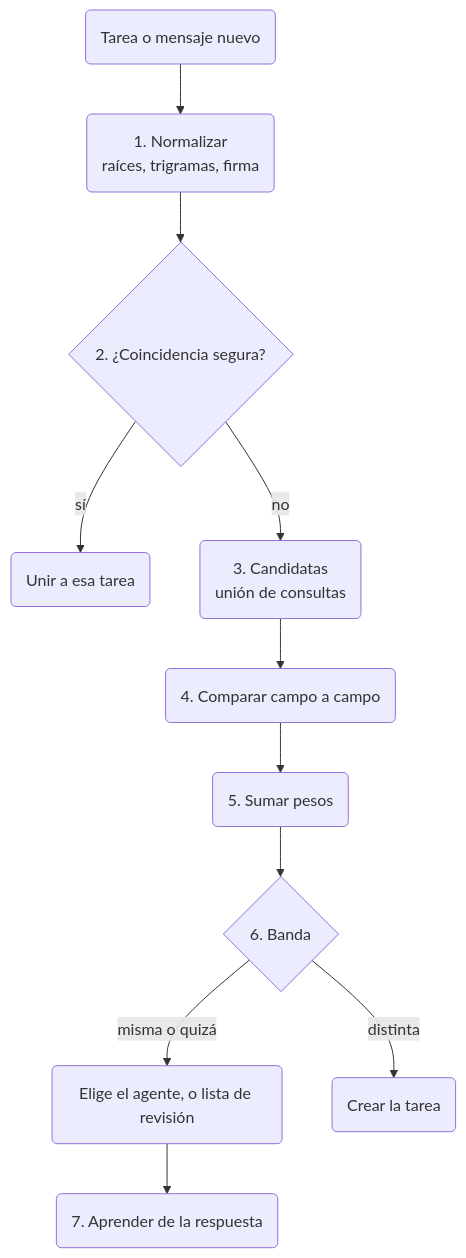
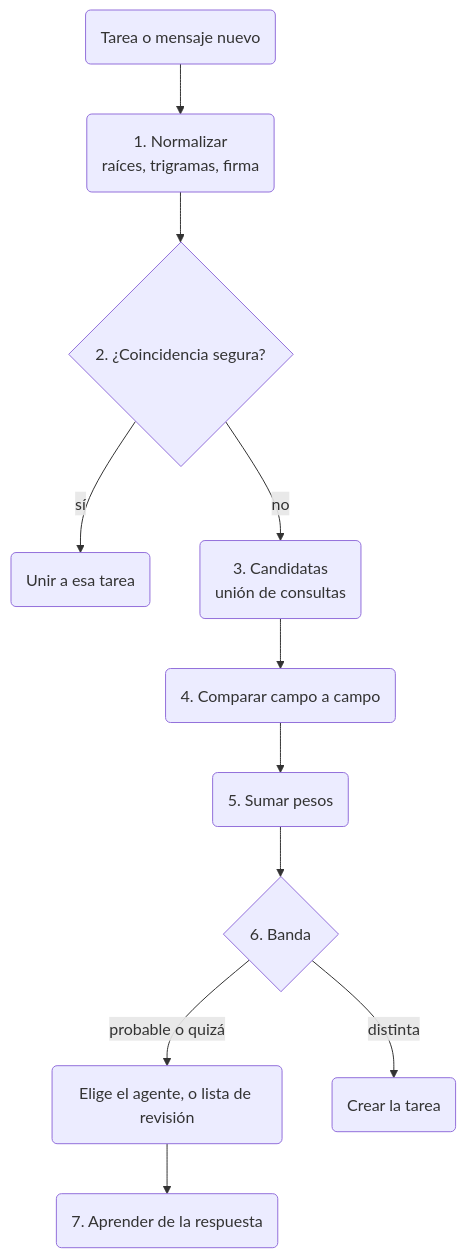
Before and after one commit to WireCatLabs/cli-docs: the diagram in content/docs/tasks-architecture.es.mdx, drawn with Mermaid. The commit also changed other lines of this file and 5 other files, not shown here.

````diff
--- a/content/docs/tasks-architecture.es.mdx
+++ b/content/docs/tasks-architecture.es.mdx
@@ -93,13 +93,13 @@
 ```mermaid Cómo se comprueba si una tarea nueva es un duplicado
 graph TD
   New("Tarea o mensaje nuevo") --> Norm("1. Normalizar<br>raíces, trigramas, firma")
   Norm --> Certain{"2. ¿Coincidencia segura?"}
   Certain -->|"sí"| Attach("Unir a esa tarea")
   Certain -->|"no"| Cand("3. Candidatas<br>unión de consultas")
   Cand --> Compare("4. Comparar campo a campo")
   Compare --> Score("5. Sumar pesos")
   Score --> Decide{"6. Banda"}
-  Decide -->|"misma o quizá"| Ask("Elige el agente, o lista de revisión")
+  Decide -->|"probable o quizá"| Ask("Elige el agente, o lista de revisión")
   Decide -->|"distinta"| Create("Crear la tarea")
   Ask --> Learn("7. Aprender de la respuesta")
 ```
````
